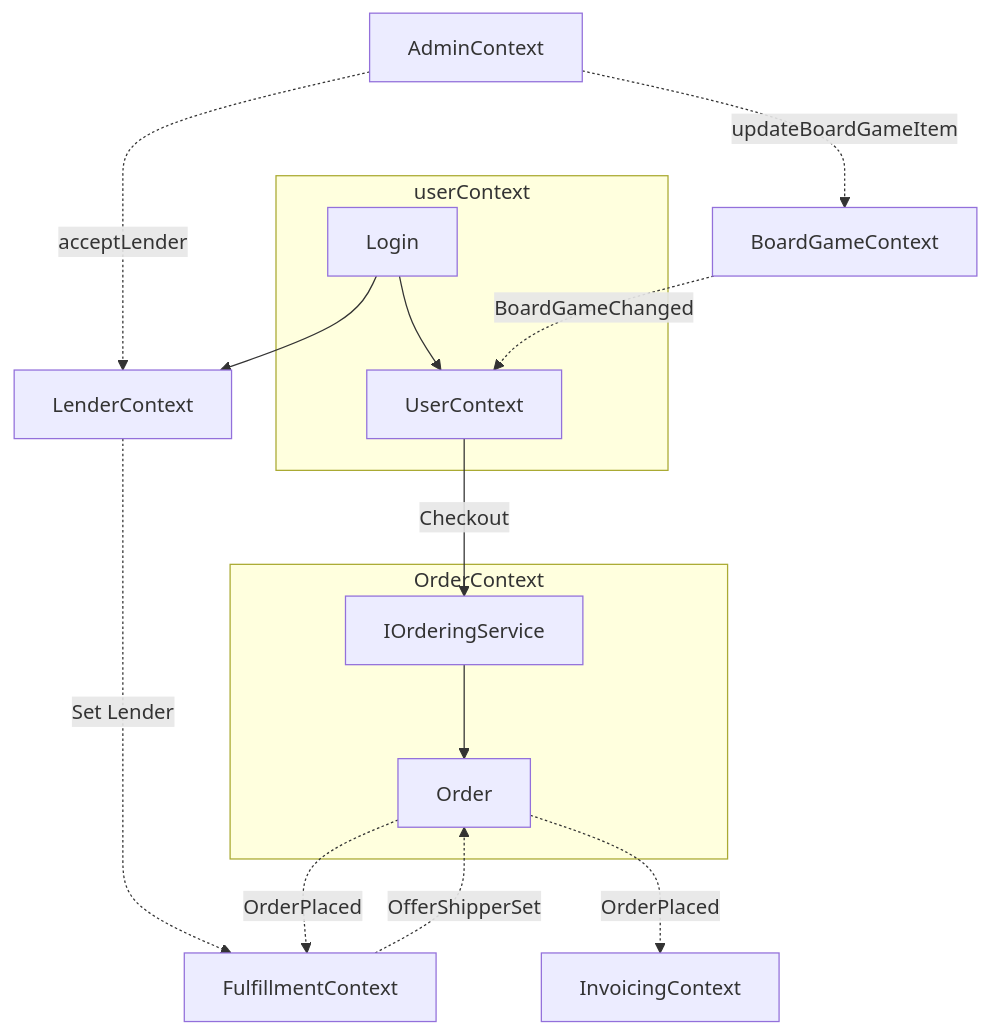
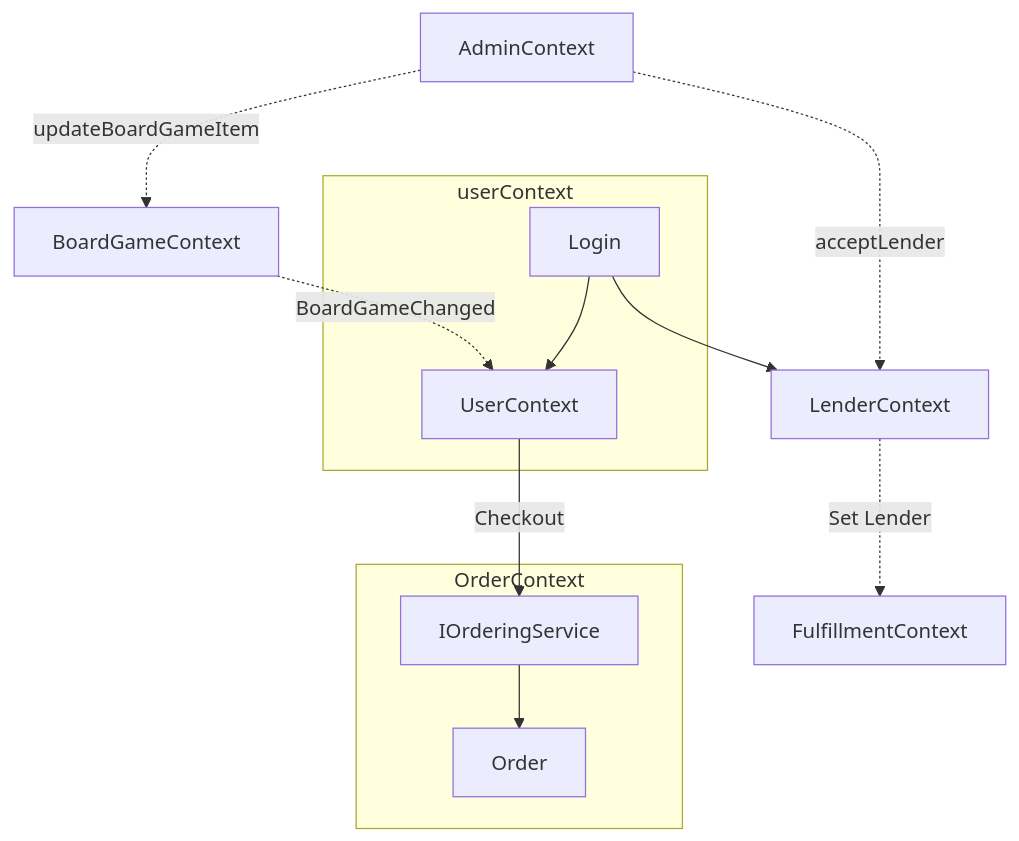
The diagram in Utlån_Konvensjonell/Utlånssystem_Konvensjonell/Design.md (Mancorl/Datbac-Prosjekt), drawn with Mermaid before and after one commit.

Commit message:
Flowchart service

````diff
--- a/Utlån_Konvensjonell/Utlånssystem_Konvensjonell/Design.md
+++ b/Utlån_Konvensjonell/Utlånssystem_Konvensjonell/Design.md
@@ -3,26 +3,25 @@
 ```mermaid
 flowchart TB
  subgraph OrderContext["OrderContext"]
         Order["Order"]
         IOrderingService["IOrderingService"]
   end
   subgraph userContext
     login[Login] 
     login --> user[UserContext] 
   end
     
     login --> Lender[LenderContext]  
 
     admin[AdminContext] -. updateBoardGameItem .-> BoardGameContext
     admin -. acceptLender .-> Lender
 
     BoardGameContext["BoardGameContext"] -. BoardGameChanged .-> user
     user -- Checkout --> IOrderingService
     IOrderingService --> Order
 
     Lender -. Set Lender .-> FulfillmentContext
 
-    Order -. OrderPlaced .-> FulfillmentContext["FulfillmentContext"] & InvoicingContext["InvoicingContext"]
-    FulfillmentContext -. OfferShipperSet .-> Order
+    
 
 ```
````
